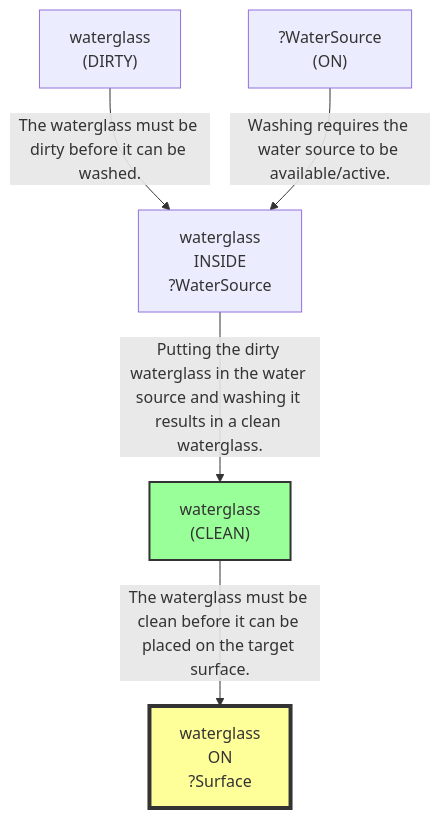
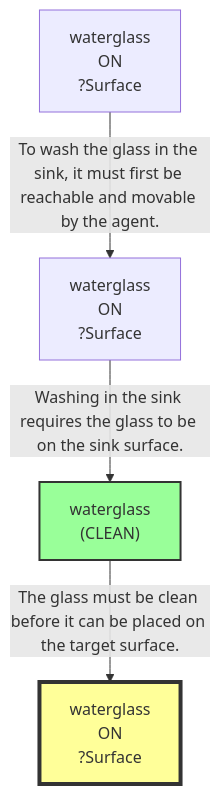
One commit to scuama/virtualhome changed the fourth of 6 diagrams in agent/results/success/P3_13/run_P3_13.md. Above: the diagram before and after it, drawn with Mermaid. The commit also changed other lines of this file and 7 other files, not shown here.

````diff
--- a/agent/results/success/P3_13/run_P3_13.md
+++ b/agent/results/success/P3_13/run_P3_13.md
@@ -288,14 +222,12 @@
 ```mermaid
 graph TD
     N1["waterglass<br>ON<br>?Surface"]
     style N1 fill:#ff9,stroke:#333,stroke-width:4px
-    N2["waterglass<br>INSIDE<br>?WaterSource"]
-    N3["waterglass<br>(CLEAN)"]
-    style N3 fill:#9f9,stroke:#333,stroke-width:2px
-    N4["waterglass<br>(DIRTY)"]
-    N5["?WaterSource<br>(ON)"]
-    N4 -->|"The waterglass must be dirty before it can be washed."| N2
-    N5 -->|"Washing requires the water source to be available/active."| N2
-    N2 -->|"Putting the dirty waterglass in the water source and washing it results in a clean waterglass."| N3
-    N3 -->|"The waterglass must be clean before it can be placed on the target surface."| N1
+    N2["waterglass<br>(CLEAN)"]
+    style N2 fill:#9f9,stroke:#333,stroke-width:2px
+    N3["waterglass<br>ON<br>?Surface"]
+    N4["waterglass<br>ON<br>?Surface"]
+    N2 -->|"The glass must be clean before it can be placed on the target surface."| N1
+    N3 -->|"Washing in the sink requires the glass to be on the sink surface."| N2
+    N4 -->|"To wash the glass in the sink, it must first be reachable and movable by the agent."| N3
 ```
````
